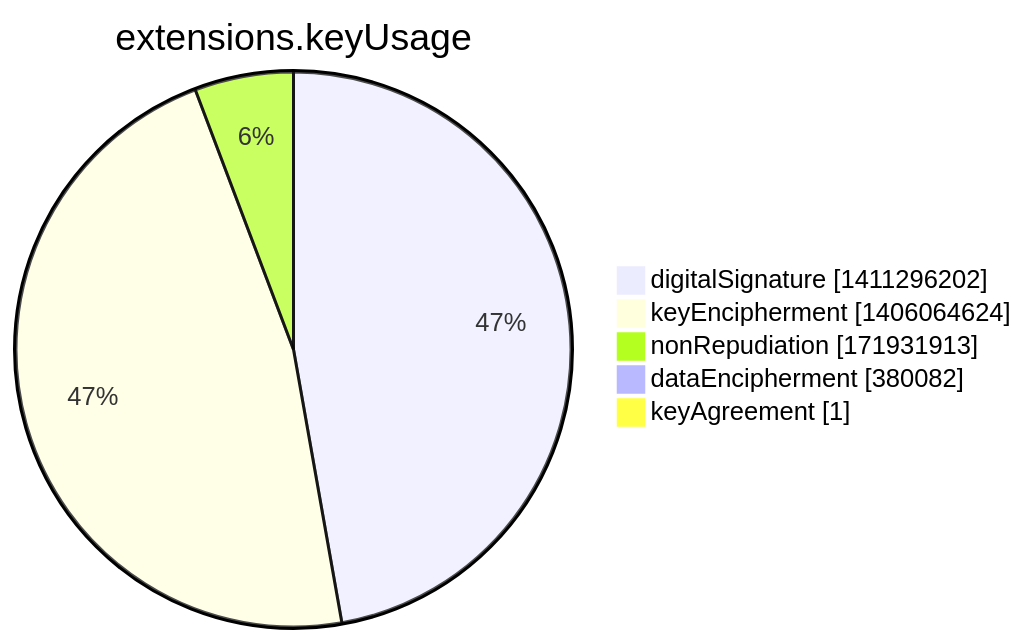
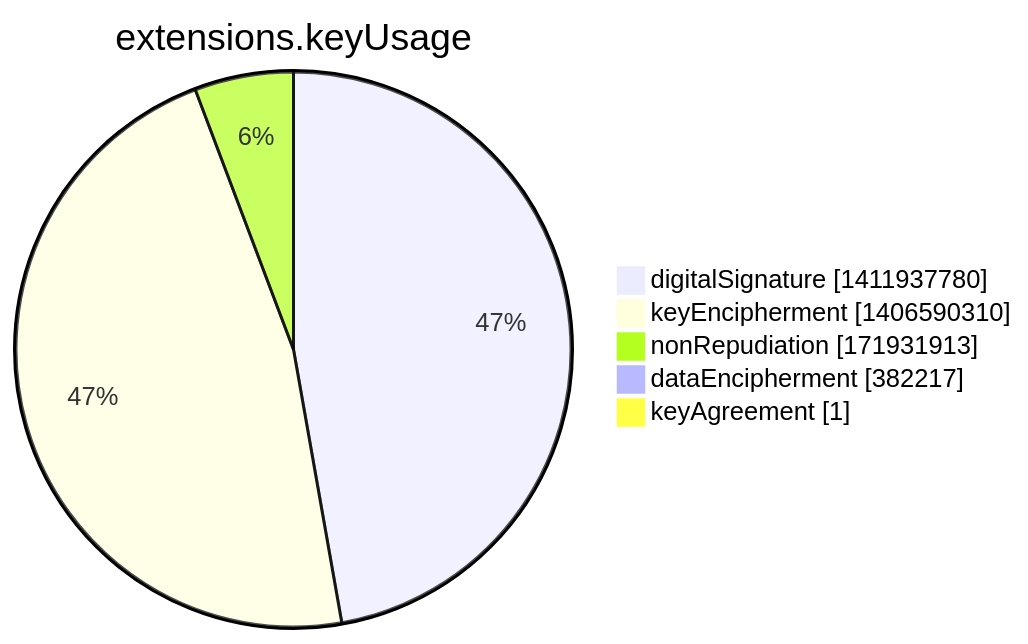
One commit to christiankrug/ctmonitor_visualization changed the seventh of 15 diagrams in argon2022/README.md. Above: the diagram before and after it, drawn with Mermaid. The commit also changed other lines of this file, not shown here.

````diff
--- a/argon2022/README.md
+++ b/argon2022/README.md
@@ -2751,9 +2751,9 @@
 ```mermaid
 pie showData
 title extensions.keyUsage
-"digitalSignature" :1411296202
-"keyEncipherment" :1406064624
+"digitalSignature" :1411937780
+"keyEncipherment" :1406590310
 "nonRepudiation" :171931913
-"dataEncipherment" :380082
+"dataEncipherment" :382217
 "keyAgreement" :1
 ```
````
